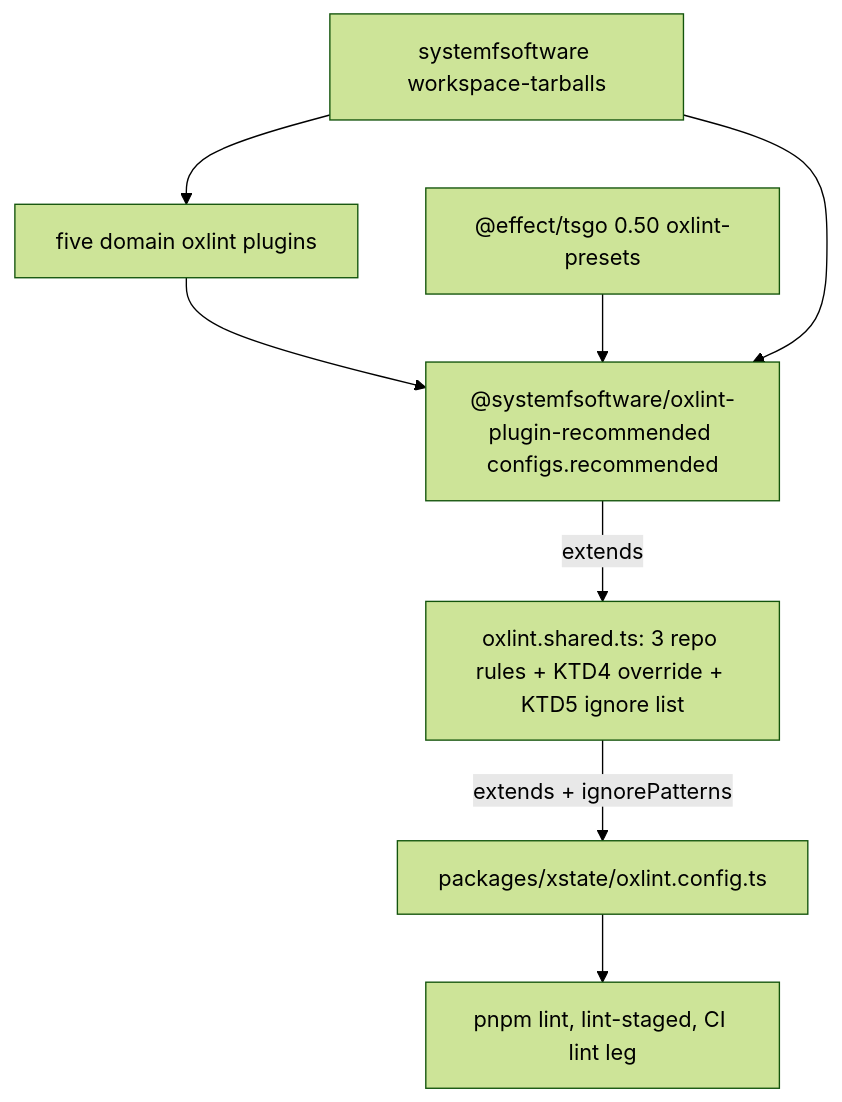
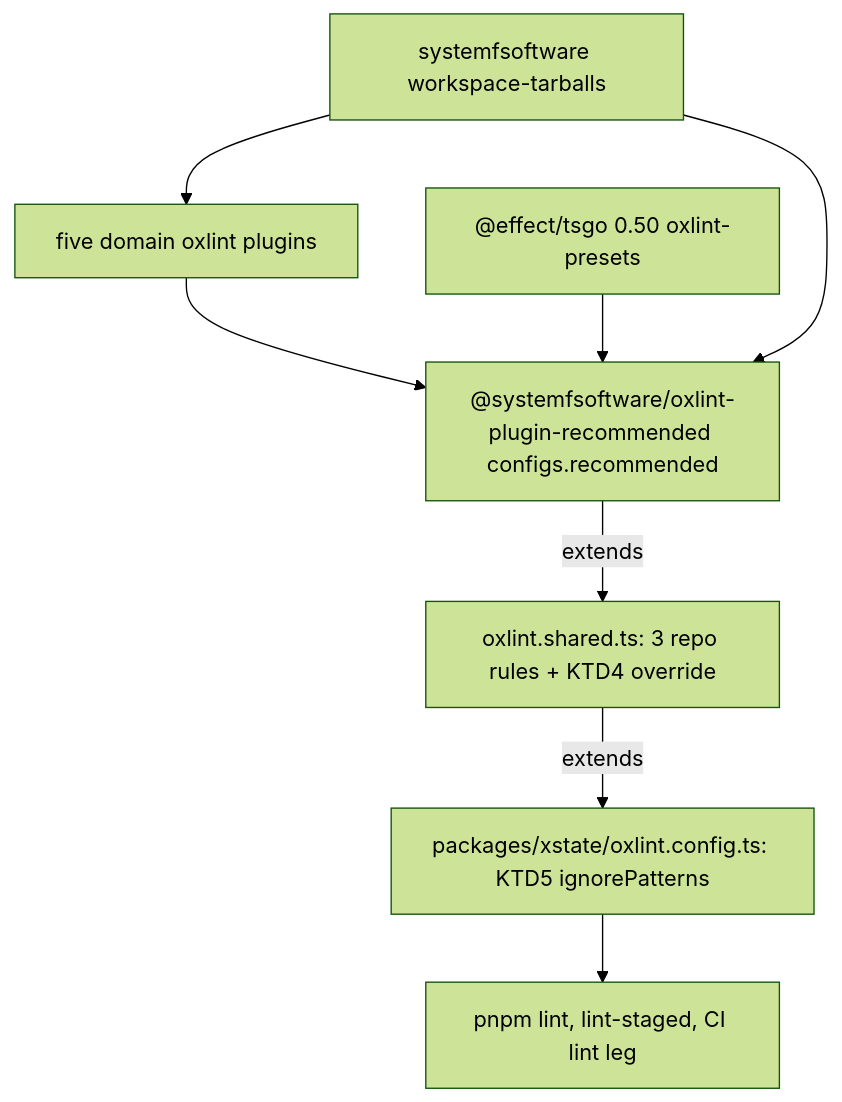
One commit to systemfsoftware/xstate changed the diagram in docs/plans/2026-10-09-0330-refactor-own-lint-configs-plan.md. Above: the diagram before and after it, drawn with Mermaid (forest theme). The commit also changed other lines of this file, not shown here.

Commit message:
docs(repo): apply conductor ruling 17 to the own-lint-configs plan

````diff
--- a/docs/plans/2026-10-09-0330-refactor-own-lint-configs-plan.md
+++ b/docs/plans/2026-10-09-0330-refactor-own-lint-configs-plan.md
@@ -120,10 +121,10 @@
 ```mermaid
 flowchart TB
   DP[five domain oxlint plugins] --> PR["@systemfsoftware/oxlint-plugin-recommended configs.recommended"]
   TG["@effect/tsgo 0.50 oxlint-presets"] --> PR
-  PR -->|extends| SH[oxlint.shared.ts: 3 repo rules + KTD4 override + KTD5 ignore list]
-  SH -->|extends + ignorePatterns| RT[packages/xstate/oxlint.config.ts]
+  PR -->|extends| SH[oxlint.shared.ts: 3 repo rules + KTD4 override]
+  SH -->|extends| RT[packages/xstate/oxlint.config.ts: KTD5 ignorePatterns]
   RT --> L[pnpm lint, lint-staged, CI lint leg]
   SF[systemfsoftware workspace-tarballs] --> DP
   SF --> PR
 ```
````
